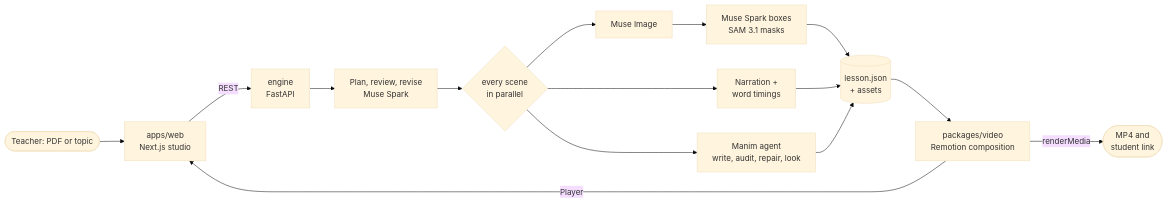
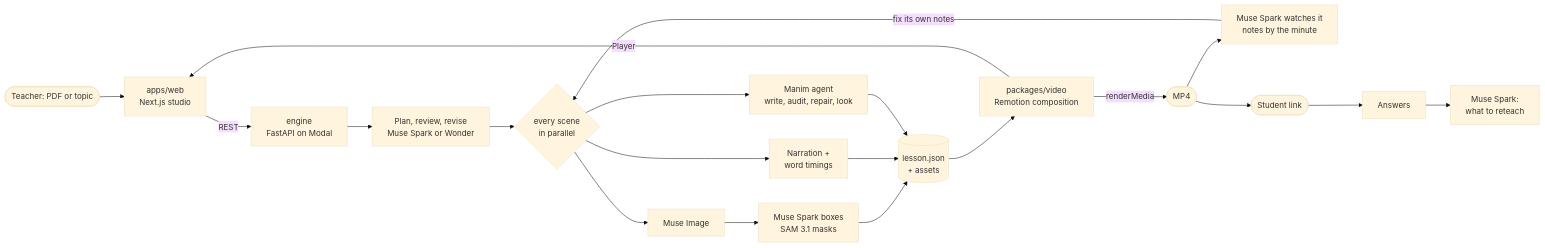
The diagram in README.md (nema1502/nemi), drawn with Mermaid (base theme) before and after one commit. The commit also changed other lines of this file and 10 other files, not shown here.

First line of the commit message:
Questions keep their marks before the voice reads them; speech retries; architecture doc

````diff
--- a/README.md
+++ b/README.md
@@ -117,14 +117,17 @@
 ```mermaid
 flowchart LR
   T([Teacher: PDF or topic]) --> W[apps/web<br/>Next.js studio]
-  W -- REST --> E[engine<br/>FastAPI]
-  E --> P[Plan, review, revise<br/>Muse Spark]
+  W -- REST --> E[engine<br/>FastAPI on Modal]
+  E --> P[Plan, review, revise<br/>Muse Spark or Wonder]
   P --> S{every scene<br/>in parallel}
   S --> I[Muse Image] --> D[Muse Spark boxes<br/>SAM 3.1 masks]
   S --> V[Narration +<br/>word timings]
   S --> M[Manim agent<br/>write, audit, repair, look]
   D & V & M --> L[(lesson.json<br/>+ assets)]
   L --> R[packages/video<br/>Remotion composition]
   R -- Player --> W
-  R -- renderMedia --> MP4([MP4 and<br/>student link])
+  R -- renderMedia --> MP4([MP4])
+  MP4 --> Q[Muse Spark watches it<br/>notes by the minute]
+  Q -- fix its own notes --> S
+  MP4 --> K([Student link]) --> A[Answers] --> C[Muse Spark:<br/>what to reteach]
 ```
````
